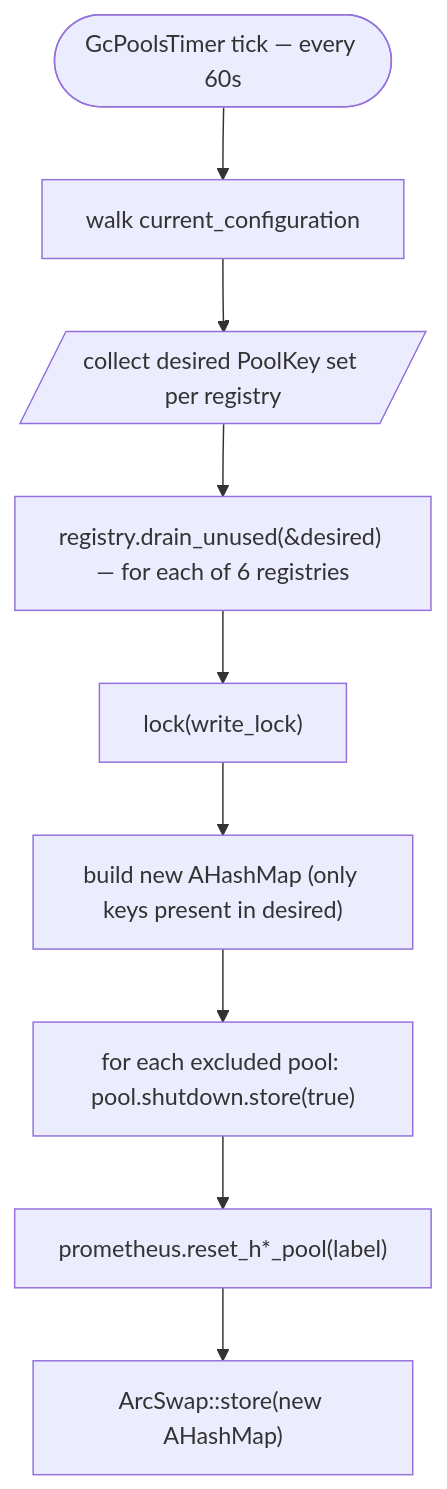
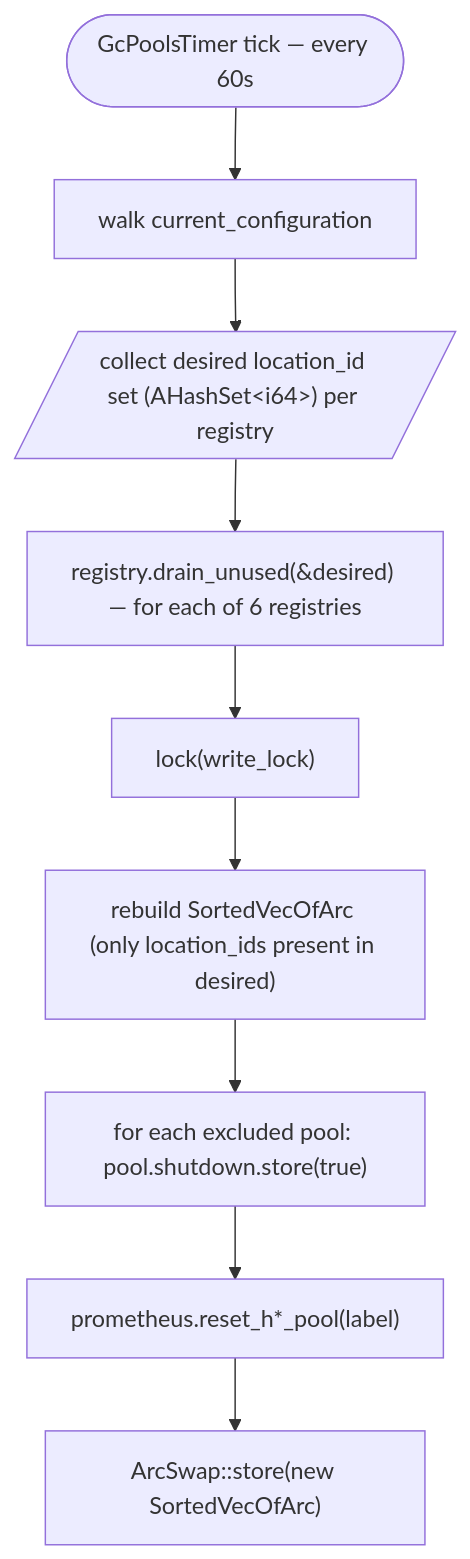
One commit to MyJetTools/my-reverse-proxy changed the second of 2 diagrams in docs/pool-lifecycle.md. Above: the diagram before and after it, drawn with Mermaid. The commit also changed other lines of this file and 23 other files, not shown here.

````diff
--- a/docs/pool-lifecycle.md
+++ b/docs/pool-lifecycle.md
@@ -51,11 +62,11 @@
 ```mermaid
 flowchart TD
     Tick([GcPoolsTimer tick — every 60s]) --> Walk["walk current_configuration"]
-    Walk --> Collect[/collect desired PoolKey set per registry/]
+    Walk --> Collect[/"collect desired location_id set (AHashSet&lt;i64&gt;) per registry"/]
     Collect --> Drain["registry.drain_unused(&desired) — for each of 6 registries"]
     Drain --> LockD["lock(write_lock)"]
-    LockD --> Build["build new AHashMap (only keys present in desired)"]
+    LockD --> Build["rebuild SortedVecOfArc (only location_ids present in desired)"]
     Build --> Mark["for each excluded pool: pool.shutdown.store(true)"]
     Mark --> Reset["prometheus.reset_h*_pool(label)"]
-    Reset --> Store["ArcSwap::store(new AHashMap)"]
+    Reset --> Store["ArcSwap::store(new SortedVecOfArc)"]
 ```
````
